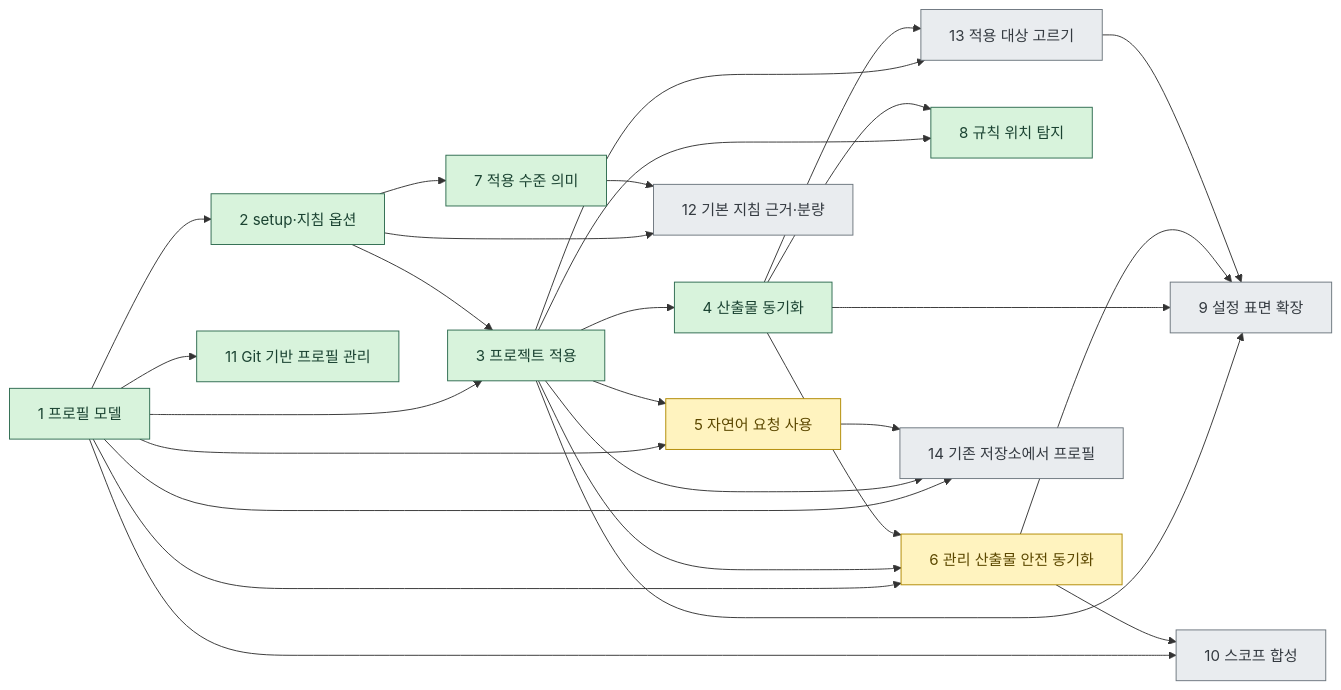
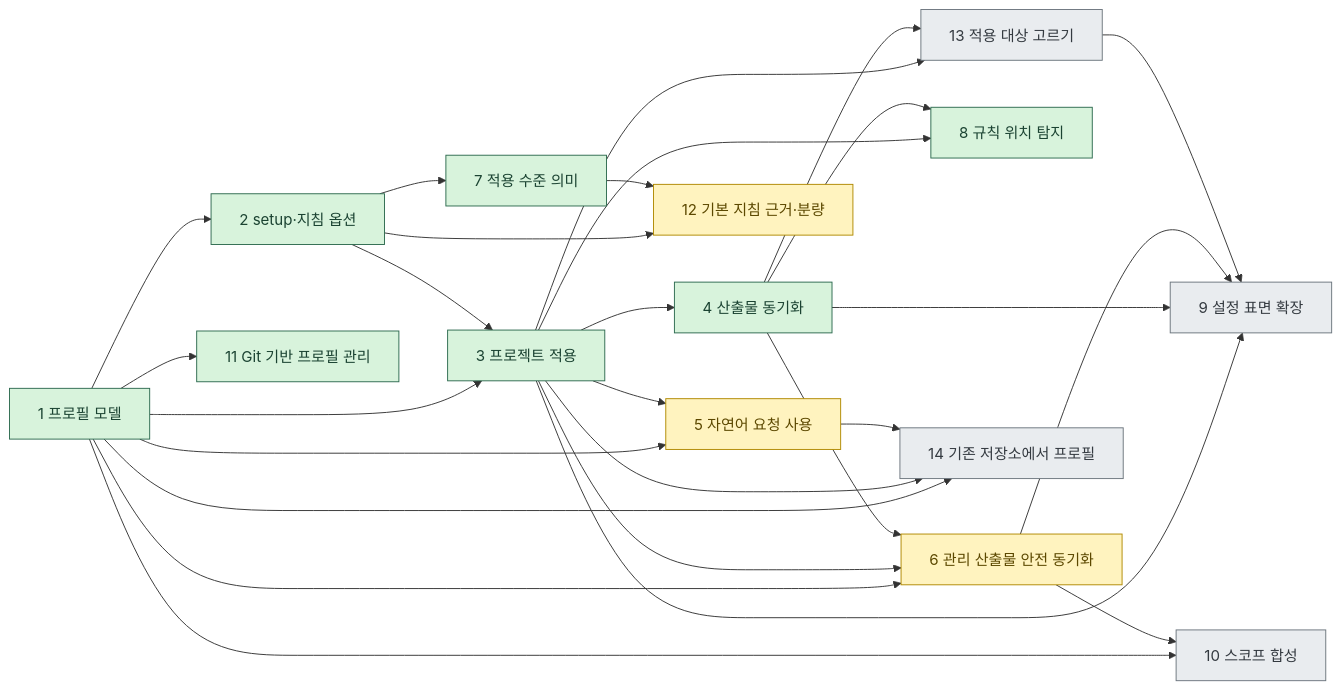
One commit to IsthisLee/agent-context-manager changed the diagram in docs/discussion/architecture/README.md. Above: the diagram before and after it, drawn with Mermaid. The commit also changed other lines of this file and 37 other files, not shown here.

````diff
--- a/docs/discussion/architecture/README.md
+++ b/docs/discussion/architecture/README.md
@@ -33,35 +37,37 @@
 ```mermaid
 flowchart LR
   S1["1 프로필 모델"] --> S2["2 setup·지침 옵션"]
   S1 --> S3["3 프로젝트 적용"]
   S2 --> S3
   S3 --> S4["4 산출물 동기화"]
   S1 --> S5["5 자연어 요청 사용"]
   S3 --> S5
   S1 --> S6["6 관리 산출물 안전 동기화"]
   S3 --> S6
   S4 --> S6
   S2 --> S7["7 적용 수준 의미"]
   S3 --> S8["8 규칙 위치 탐지"]
   S4 --> S8
   S3 --> S9["9 설정 표면 확장"]
   S4 --> S9
   S6 --> S9
   S1 --> S10["10 스코프 합성"]
   S6 --> S10
   S1 --> S11["11 Git 기반 프로필 관리"]
   S2 --> S12["12 기본 지침 근거·분량"]
   S7 --> S12
   S3 --> S13["13 적용 대상 고르기"]
   S4 --> S13
   S13 --> S9
   S1 --> S14["14 기존 저장소에서 프로필"]
   S3 --> S14
   S5 --> S14
   classDef done fill:#d8f3dc,stroke:#2d6a4f,color:#1b4332
   classDef doing fill:#fff3bf,stroke:#b08900,color:#5c4800
   classDef todo fill:#e9ecef,stroke:#6c757d,color:#343a40
+  %% agctx:generated:stage-classes:start
   class S1,S2,S3,S4,S7,S8,S11 done
-  class S5,S6 doing
-  class S9,S10,S12,S13,S14 todo
+  class S5,S6,S12 doing
+  class S9,S10,S13,S14 todo
+  %% agctx:generated:stage-classes:end
 ```
````
